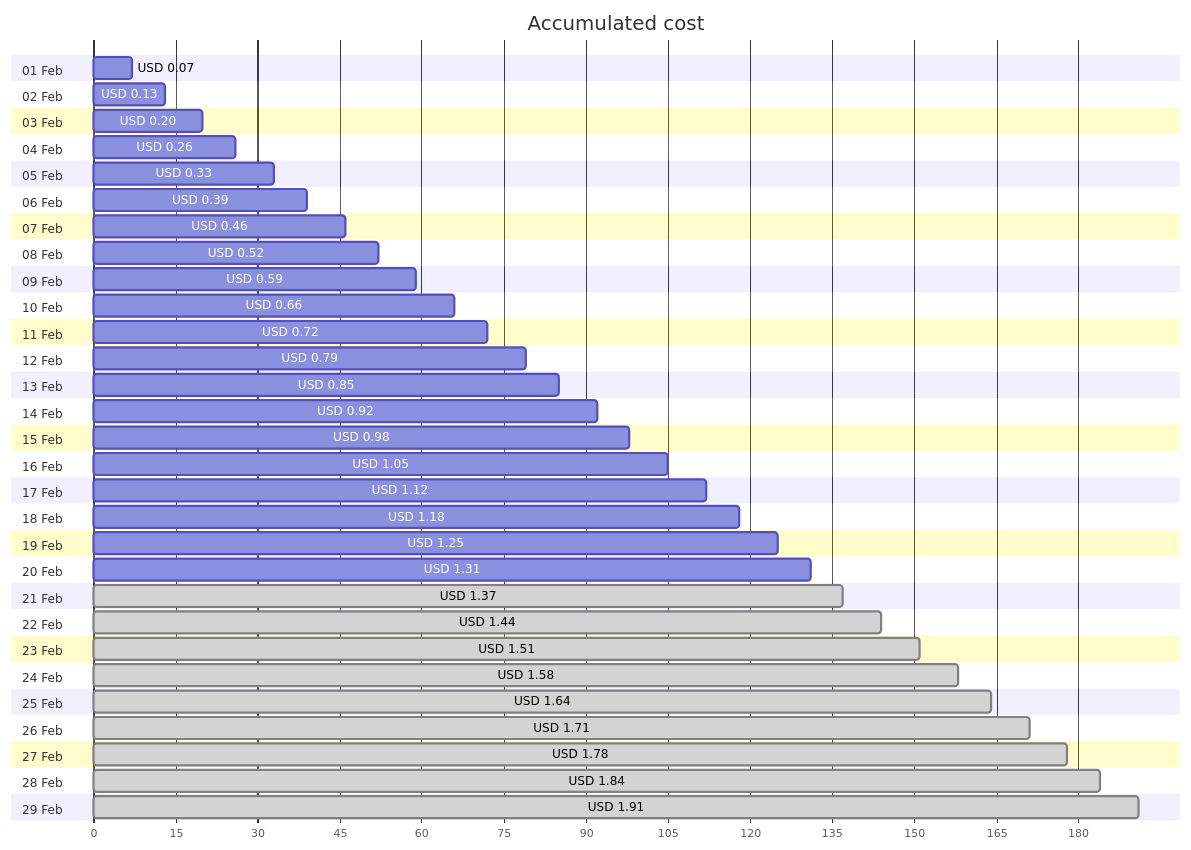
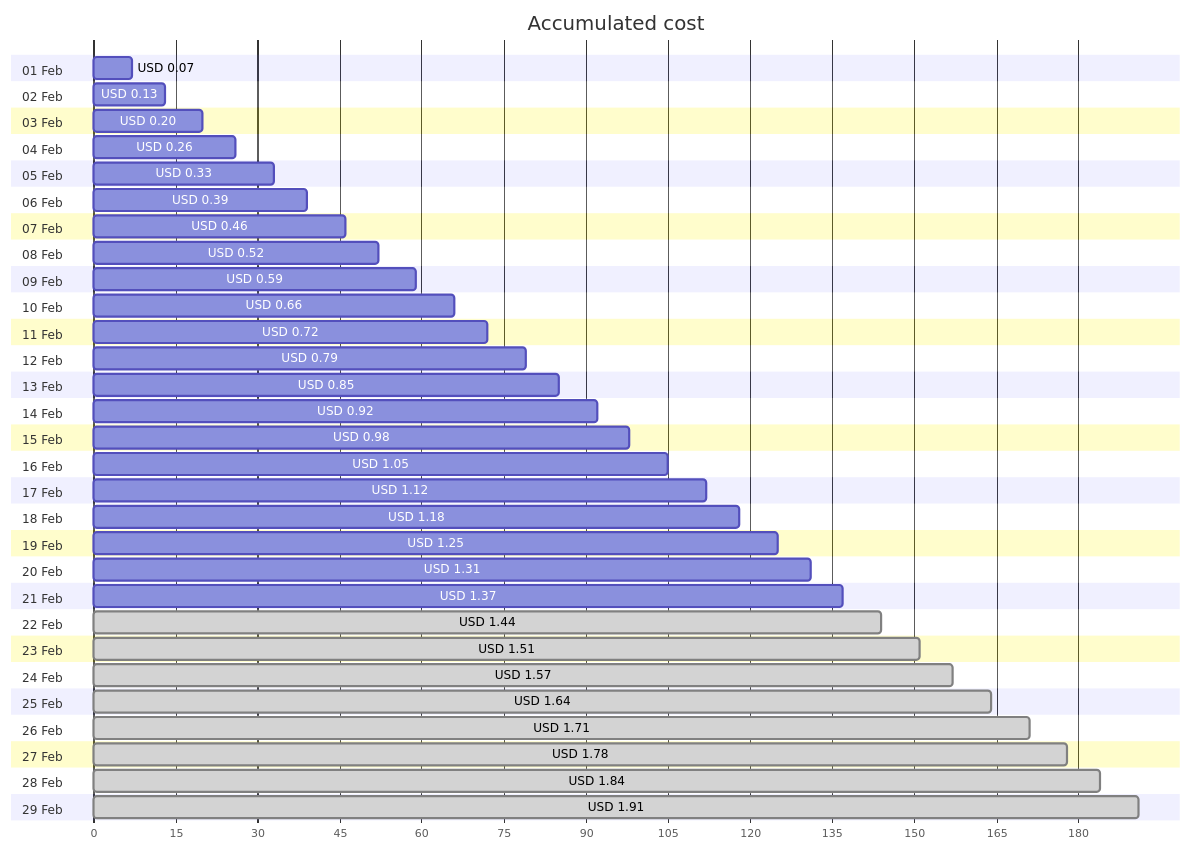
Before and after one commit to jpfulton/azure-personal-reports: the first of 4 diagrams in cost-reports/personal-network/vpn-server_OsDisk.md, drawn with Mermaid. The commit also changed other lines of this file and 8 other files, not shown here.

````diff
--- a/cost-reports/personal-network/vpn-server_OsDisk.md
+++ b/cost-reports/personal-network/vpn-server_OsDisk.md
@@ -20,64 +20,64 @@
 ```mermaid
 gantt
    title Accumulated cost
    dateFormat  X
    axisFormat %s
    section 01 Feb
    USD 0.07 :0, 7
    section 02 Feb
    USD 0.13 :0, 13
    section 03 Feb
    USD 0.20 :0, 20
    section 04 Feb
    USD 0.26 :0, 26
    section 05 Feb
    USD 0.33 :0, 33
    section 06 Feb
    USD 0.39 :0, 39
    section 07 Feb
    USD 0.46 :0, 46
    section 08 Feb
    USD 0.52 :0, 52
    section 09 Feb
    USD 0.59 :0, 59
    section 10 Feb
    USD 0.66 :0, 66
    section 11 Feb
    USD 0.72 :0, 72
    section 12 Feb
    USD 0.79 :0, 79
    section 13 Feb
    USD 0.85 :0, 85
    section 14 Feb
    USD 0.92 :0, 92
    section 15 Feb
    USD 0.98 :0, 98
    section 16 Feb
    USD 1.05 :0, 105
    section 17 Feb
    USD 1.12 :0, 112
    section 18 Feb
    USD 1.18 :0, 118
    section 19 Feb
    USD 1.25 :0, 125
    section 20 Feb
    USD 1.31 :0, 131
    section 21 Feb
-   USD 1.37 : done, 0, 137
+   USD 1.37 :0, 137
    section 22 Feb
    USD 1.44 : done, 0, 144
    section 23 Feb
    USD 1.51 : done, 0, 151
    section 24 Feb
-   USD 1.58 : done, 0, 158
+   USD 1.57 : done, 0, 157
    section 25 Feb
    USD 1.64 : done, 0, 164
    section 26 Feb
    USD 1.71 : done, 0, 171
    section 27 Feb
    USD 1.78 : done, 0, 178
    section 28 Feb
    USD 1.84 : done, 0, 184
    section 29 Feb
    USD 1.91 : done, 0, 191
 ```
````
